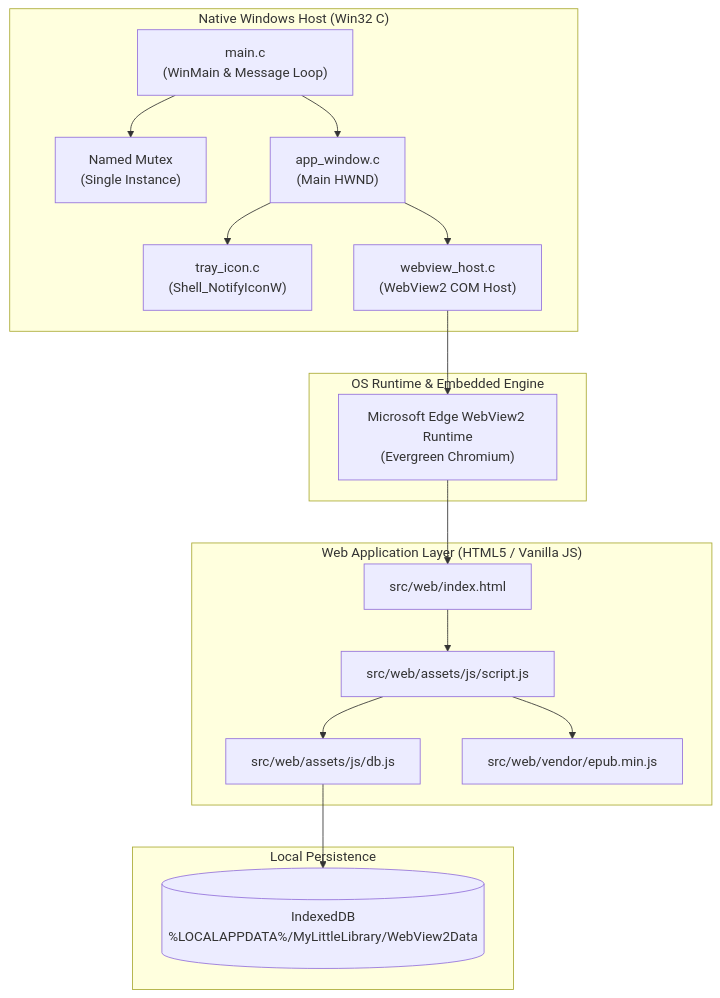
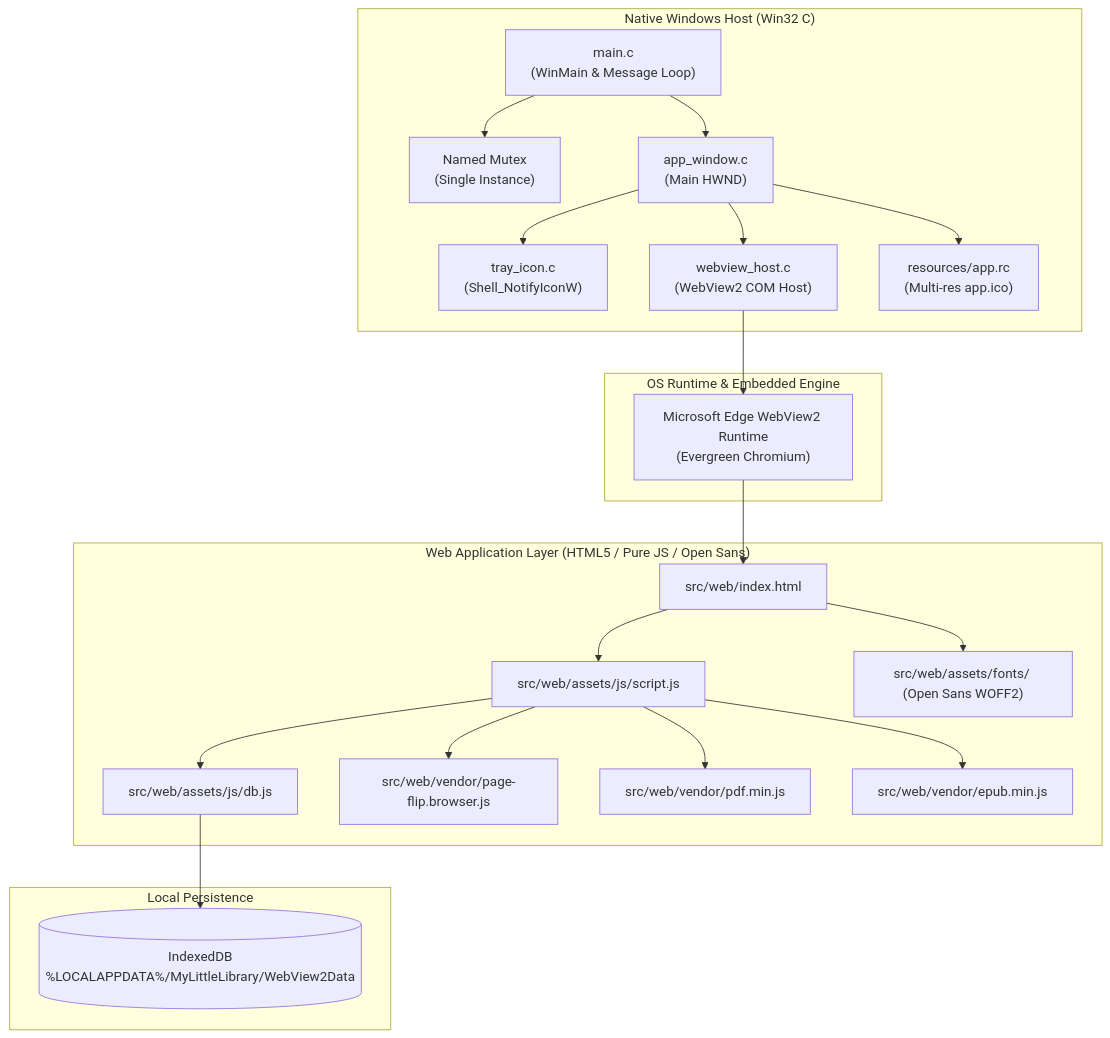
The diagram in docs/ARCHITECTURE.md (supremeinori/my-little-library-2), drawn with Mermaid before and after one commit. The commit also changed other lines of this file and 6 other files, not shown here.

````diff
--- a/docs/ARCHITECTURE.md
+++ b/docs/ARCHITECTURE.md
@@ -13,36 +13,44 @@
 ```mermaid
 graph TD
     subgraph "Native Windows Host (Win32 C)"
         Main["main.c<br/>(WinMain & Message Loop)"]
         Mutex["Named Mutex<br/>(Single Instance)"]
         Window["app_window.c<br/>(Main HWND)"]
         Tray["tray_icon.c<br/>(Shell_NotifyIconW)"]
         WVHost["webview_host.c<br/>(WebView2 COM Host)"]
+        Res["resources/app.rc<br/>(Multi-res app.ico)"]
     end
 
     subgraph "OS Runtime & Embedded Engine"
         WebViewRuntime["Microsoft Edge WebView2 Runtime<br/>(Evergreen Chromium)"]
     end
 
-    subgraph "Web Application Layer (HTML5 / Vanilla JS)"
+    subgraph "Web Application Layer (HTML5 / Pure JS / Open Sans)"
         Index["src/web/index.html"]
         Script["src/web/assets/js/script.js"]
         DB["src/web/assets/js/db.js"]
-        Vendor["src/web/vendor/epub.min.js"]
+        Flipbook["src/web/vendor/page-flip.browser.js"]
+        PDFJS["src/web/vendor/pdf.min.js"]
+        EPUB["src/web/vendor/epub.min.js"]
+        Fonts["src/web/assets/fonts/ (Open Sans WOFF2)"]
     end
 
     subgraph "Local Persistence"
         IDB[("IndexedDB<br/>%LOCALAPPDATA%/MyLittleLibrary/WebView2Data")]
     end
 
     Main --> Mutex
     Main --> Window
     Window --> Tray
     Window --> WVHost
+    Window --> Res
     WVHost --> WebViewRuntime
     WebViewRuntime --> Index
     Index --> Script
+    Index --> Fonts
     Script --> DB
-    Script --> Vendor
+    Script --> Flipbook
+    Script --> PDFJS
+    Script --> EPUB
     DB --> IDB
 ```
````
